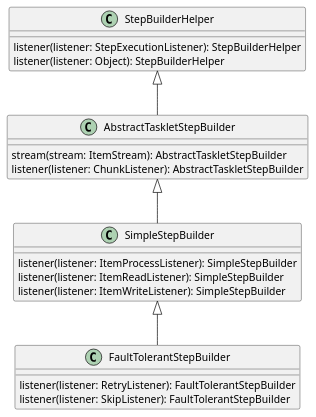
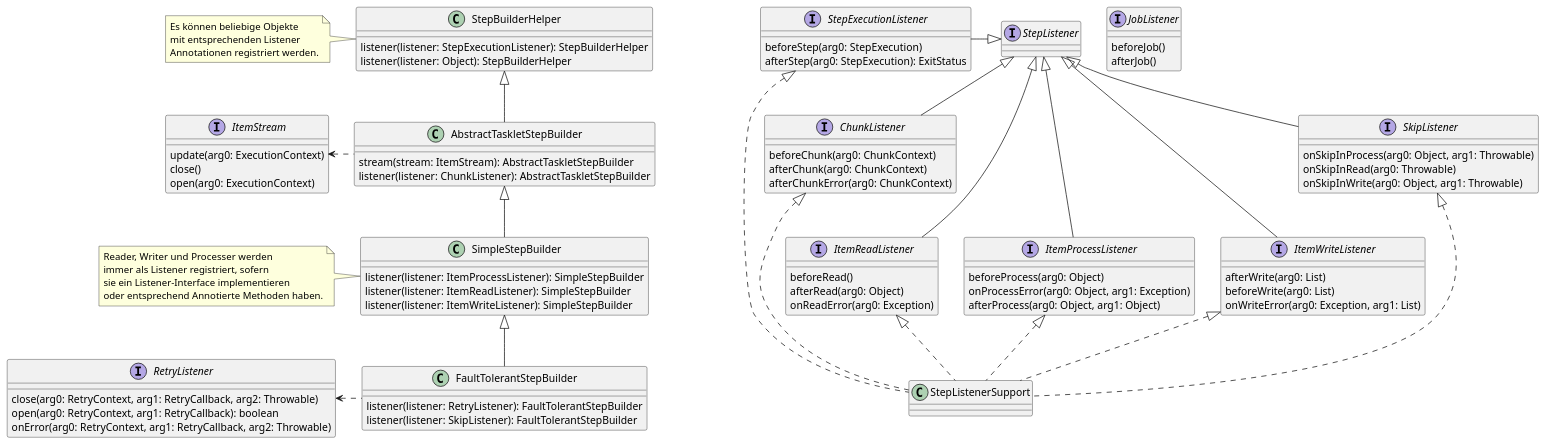
The third of 3 diagrams in slides/src/docs/asciidoc/parallel.adoc (goldschmiede/2019-06-28-Spring-Batch), drawn with PlantUML before and after one commit. The commit also changed other lines of this file and 1 other file, not shown here.

Commit message:
Listener and Scope added

```diff
--- a/slides/src/docs/asciidoc/parallel.adoc
+++ b/slides/src/docs/asciidoc/parallel.adoc
@@ -133,9 +136,14 @@
-[plantuml, Listener, svg, height=760]
+[plantuml, Listener, svg, width=100%]
 ....
 class StepBuilderHelper {
     listener(listener: StepExecutionListener): StepBuilderHelper
     listener(listener: Object): StepBuilderHelper
 }
+note left
+Es können beliebige Objekte
+mit entsprechenden Listener
+Annotationen registriert werden.
+end note
 
 class AbstractTaskletStepBuilder {
     stream(stream: ItemStream): AbstractTaskletStepBuilder
@@ -151,6 +159,12 @@
 }
 
 AbstractTaskletStepBuilder <|-- SimpleStepBuilder
+note left
+Reader, Writer und Processer werden
+immer als Listener registriert, sofern
+sie ein Listener-Interface implementieren
+oder entsprechend Annotierte Methoden haben.
+end note
 
 class FaultTolerantStepBuilder {
     listener(listener: RetryListener): FaultTolerantStepBuilder
@@ -158,4 +172,93 @@
 }
 
 SimpleStepBuilder <|-- FaultTolerantStepBuilder
+
+interface JobListener {
+    beforeJob()
+    afterJob()
+}
+
+interface ItemStream {
+    update(arg0: ExecutionContext)
+    close()
+    open(arg0: ExecutionContext)
+}
+
+ItemStream <. AbstractTaskletStepBuilder
+
+interface StepListener {
+}
+
+interface StepExecutionListener {
+    beforeStep(arg0: StepExecution)
+    afterStep(arg0: StepExecution): ExitStatus
+}
+
+StepExecutionListener -|> StepListener
+
+interface ChunkListener {
+    beforeChunk(arg0: ChunkContext)
+    afterChunk(arg0: ChunkContext)
+    afterChunkError(arg0: ChunkContext)
+}
+
+StepListener <|-- ChunkListener
+
+interface StepListener {
+}
+
+interface ItemReadListener {
+    beforeRead()
+    afterRead(arg0: Object)
+    onReadError(arg0: Exception)
+}
+
+StepListener <|--- ItemReadListener
+
+interface ItemProcessListener {
+    beforeProcess(arg0: Object)
+    onProcessError(arg0: Object, arg1: Exception)
+    afterProcess(arg0: Object, arg1: Object)
+}
+
+StepListener <|--- ItemProcessListener
+
+interface ItemWriteListener {
+    afterWrite(arg0: List)
+    beforeWrite(arg0: List)
+    onWriteError(arg0: Exception, arg1: List)
+}
+
+StepListener <|--- ItemWriteListener
+
+interface SkipListener {
+    onSkipInProcess(arg0: Object, arg1: Throwable)
+    onSkipInRead(arg0: Throwable)
+    onSkipInWrite(arg0: Object, arg1: Throwable)
+}
+
+StepListener <|-- SkipListener
+
+class StepListenerSupport {
+}
+
+StepExecutionListener <|.. StepListenerSupport
+
+ChunkListener <|.. StepListenerSupport
+
+ItemReadListener <|.. StepListenerSupport
+
+ItemProcessListener <|.. StepListenerSupport
+
+ItemWriteListener <|.. StepListenerSupport
+
+SkipListener <|.. StepListenerSupport
+
+interface RetryListener {
+    close(arg0: RetryContext, arg1: RetryCallback, arg2: Throwable)
+    open(arg0: RetryContext, arg1: RetryCallback): boolean
+    onError(arg0: RetryContext, arg1: RetryCallback, arg2: Throwable)
+}
+
+RetryListener <. FaultTolerantStepBuilder
 ....
```
